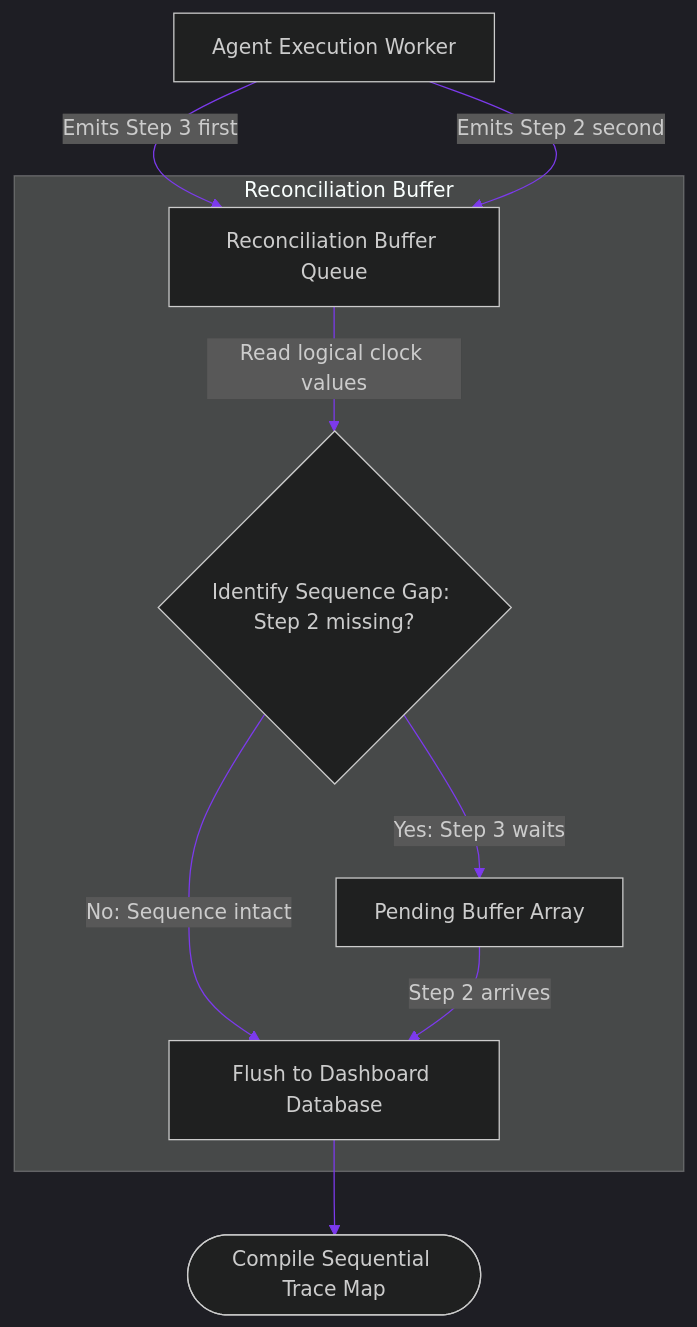
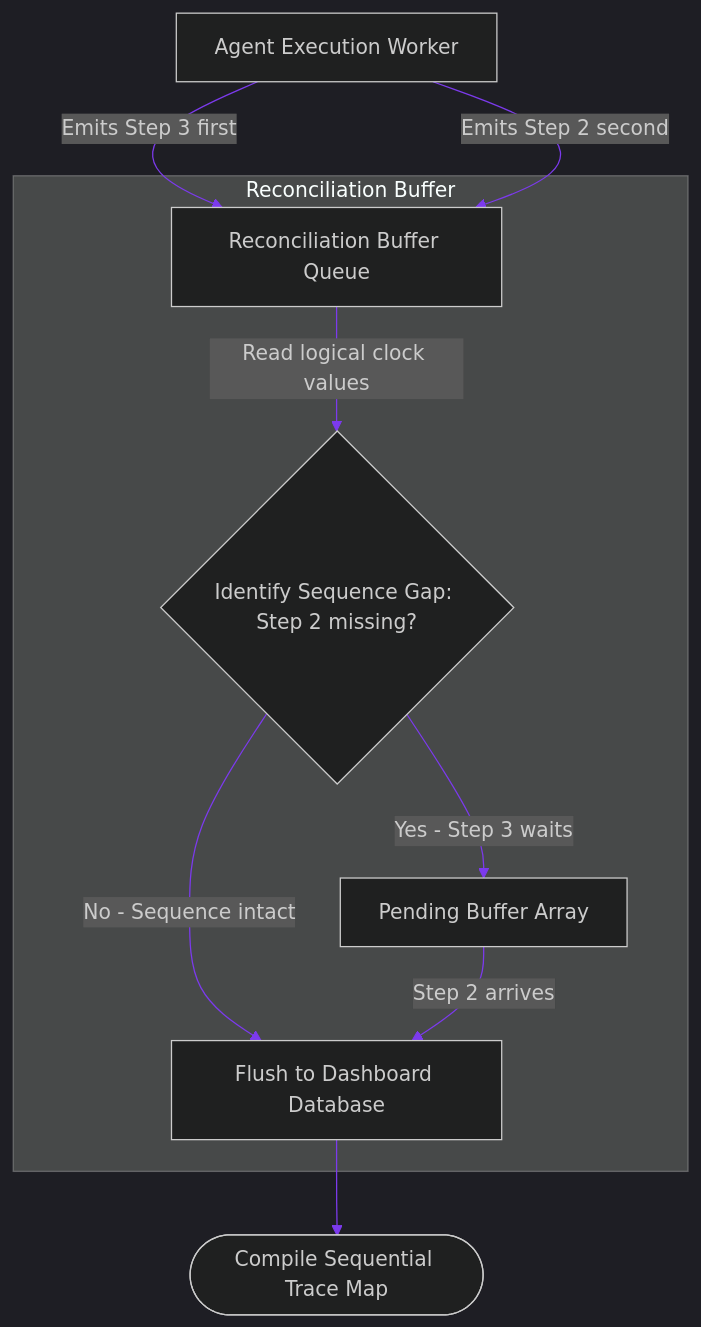
Before and after one commit to akmalkhaniub/akmalkhaniub.github.io: the diagram in blog/posts/event-driven-out-of-order-message-reconciliation-vector-clocks.md, drawn with Mermaid. The commit also changed 411 other files, not shown here.

````diff
--- a/blog/posts/event-driven-out-of-order-message-reconciliation-vector-clocks.md
+++ b/blog/posts/event-driven-out-of-order-message-reconciliation-vector-clocks.md
@@ -16,15 +16,15 @@
 ```mermaid
 %%{init: {'theme': 'dark', 'themeVariables': { 'primaryColor': '#7c3aed', 'primaryTextColor': '#f3f4f6', 'primaryBorderColor': '#a78bfa', 'lineColor': '#7c3aed', 'secondaryColor': '#111827', 'tertiaryColor': '#0b0f19'}}}%%
 flowchart TD
     Agent[Agent Execution Worker] -->|Emits Step 3 first| Queue[Reconciliation Buffer Queue]
     Agent -->|Emits Step 2 second| Queue
     
     subgraph SG1_ReconciliationBuffer ["Reconciliation Buffer"]
         Queue -->|Read logical clock values| Sort{Identify Sequence Gap: Step 2 missing?}
-        Sort -->|Yes: Step 3 waits| Buffer[Pending Buffer Array]
-        Sort -->|No: Sequence intact| Flush[Flush to Dashboard Database]
+        Sort -->|Yes - Step 3 waits| Buffer[Pending Buffer Array]
+        Sort -->|No - Sequence intact| Flush[Flush to Dashboard Database]
     end
     
     Buffer -->|Step 2 arrives| Flush
     Flush --> UI([Compile Sequential Trace Map])
 ```
````
